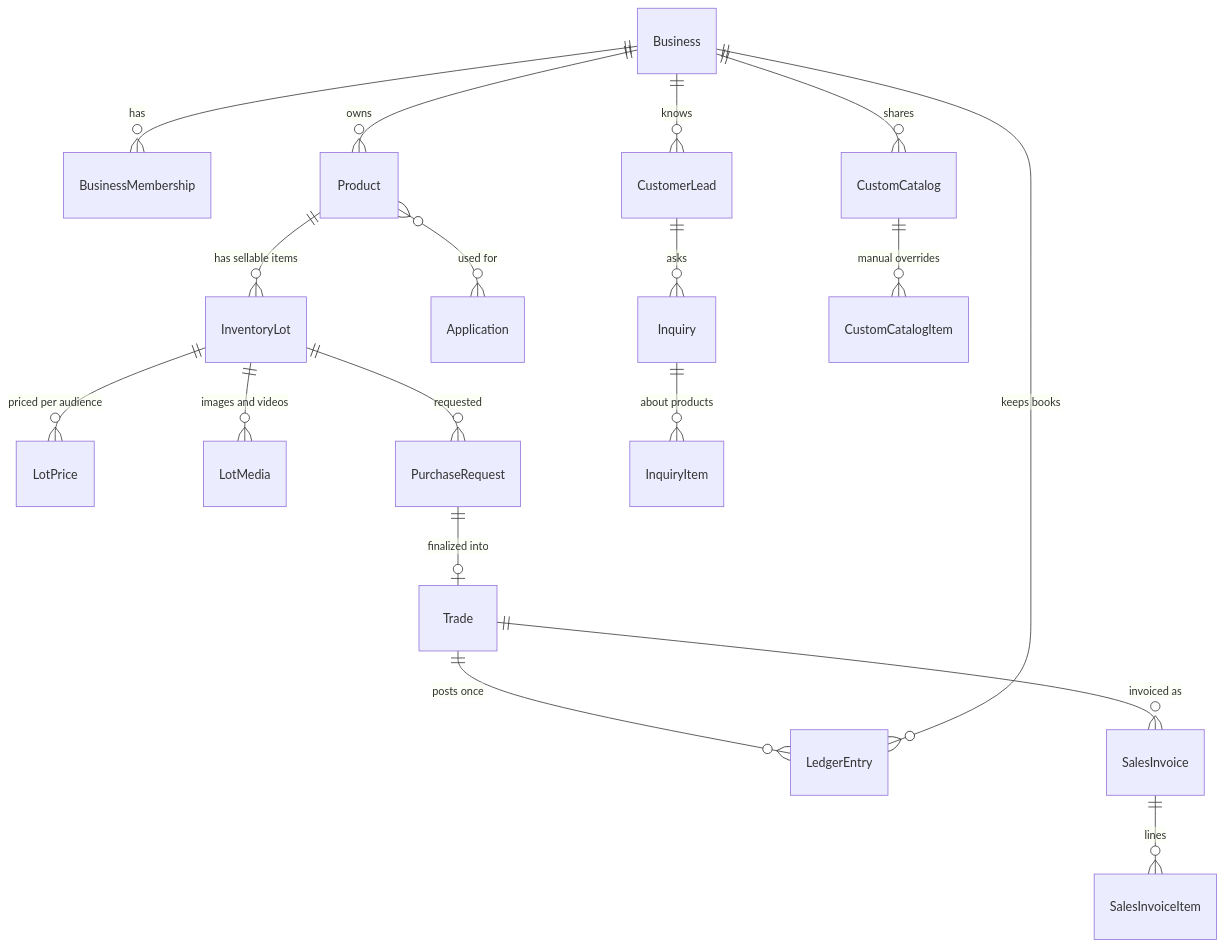
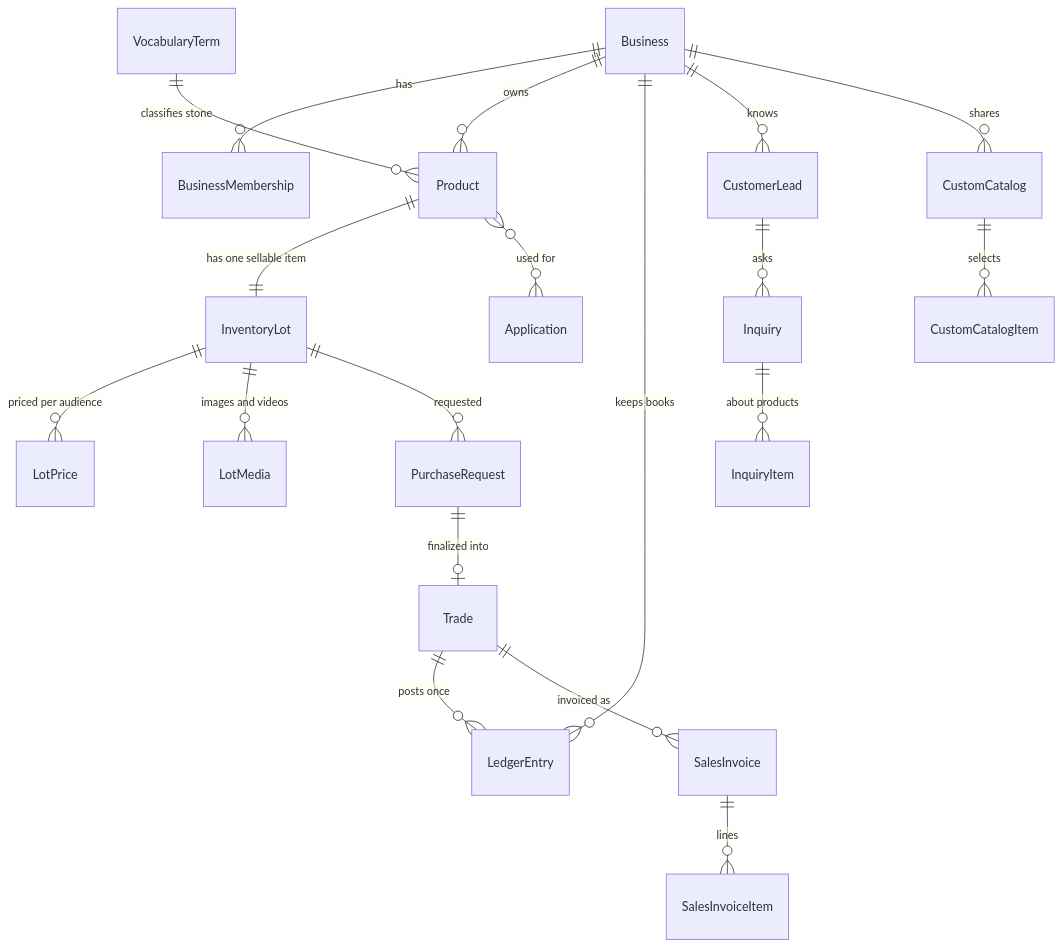
Before and after one commit to mohammad5115m/SANGA: the diagram in docs/data-model.md, drawn with Mermaid. The commit also changed other lines of this file and 84 other files, not shown here.

````diff
--- a/docs/data-model.md
+++ b/docs/data-model.md
@@ -9,20 +9,21 @@
 ```mermaid
 erDiagram
     Business ||--o{ BusinessMembership : "has"
     Business ||--o{ Product : "owns"
-    Product  ||--o{ InventoryLot : "has sellable items"
+    Product  ||--|| InventoryLot : "has one sellable item"
+    VocabularyTerm ||--o{ Product : "classifies stone"
     Product  }o--o{ Application : "used for"
     InventoryLot ||--o{ LotPrice : "priced per audience"
     InventoryLot ||--o{ LotMedia : "images and videos"
     InventoryLot ||--o{ PurchaseRequest : "requested"
     PurchaseRequest ||--o| Trade : "finalized into"
     Trade ||--o{ LedgerEntry : "posts once"
     Trade ||--o{ SalesInvoice : "invoiced as"
     SalesInvoice ||--o{ SalesInvoiceItem : "lines"
     Business ||--o{ LedgerEntry : "keeps books"
     Business ||--o{ CustomerLead : "knows"
     CustomerLead ||--o{ Inquiry : "asks"
     Inquiry ||--o{ InquiryItem : "about products"
     Business ||--o{ CustomCatalog : "shares"
-    CustomCatalog ||--o{ CustomCatalogItem : "manual overrides"
+    CustomCatalog ||--o{ CustomCatalogItem : "selects"
 ```
````
